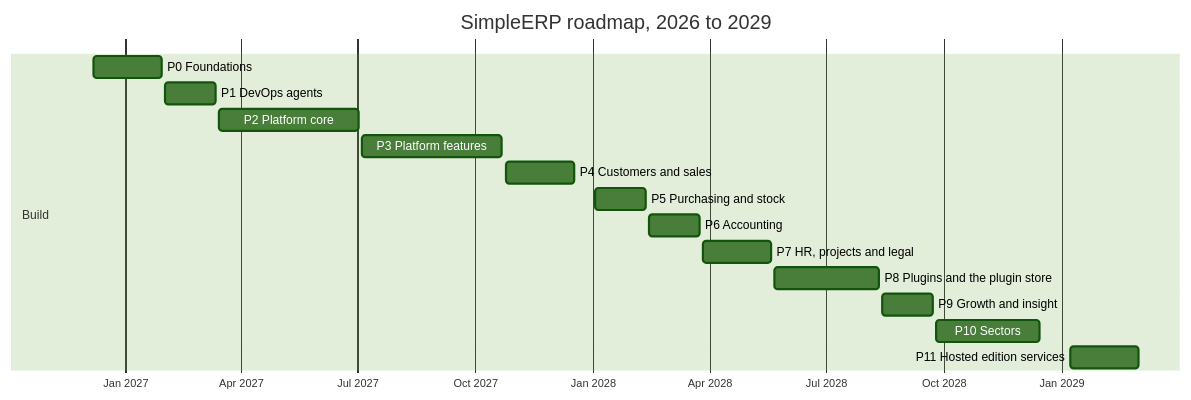
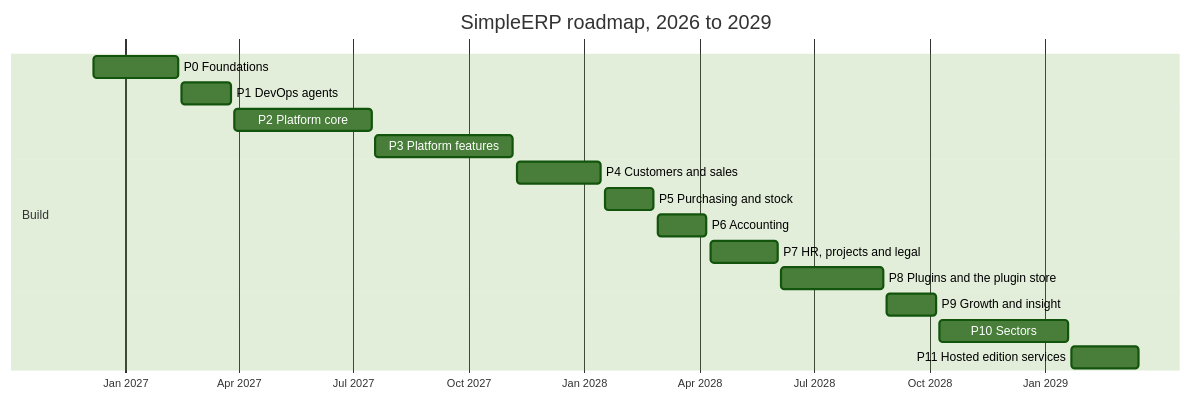
Before and after one commit to gpbcom/SimpleERP: the diagram in docs/specs/00-vision/roadmap/phases/README.md, drawn with Mermaid (forest theme). The commit also changed other lines of this file and 15 other files, not shown here.

First line of the commit message:
Roadmap: 12 phases, 136 epics and 677 tickets for the ticket harness

````diff
--- a/docs/specs/00-vision/roadmap/phases/README.md
+++ b/docs/specs/00-vision/roadmap/phases/README.md
@@ -36,19 +36,19 @@
 ```mermaid
 gantt
     title SimpleERP roadmap, 2026 to 2029
     dateFormat YYYY-MM-DD
     axisFormat %b %Y
     section Build
-    P0 Foundations                 :p0, 2026-12-07, 2027-01-29
-    P1 DevOps agents               :p1, 2027-02-01, 2027-03-12
-    P2 Platform core               :p2, 2027-03-15, 2027-07-02
-    P3 Platform features           :p3, 2027-07-05, 2027-10-22
-    P4 Customers and sales         :p4, 2027-10-25, 2027-12-17
-    P5 Purchasing and stock        :p5, 2028-01-03, 2028-02-11
-    P6 Accounting                  :p6, 2028-02-14, 2028-03-24
-    P7 HR, projects and legal      :p7, 2028-03-27, 2028-05-19
-    P8 Plugins and the plugin store :p8, 2028-05-22, 2028-08-11
-    P9 Growth and insight          :p9, 2028-08-14, 2028-09-22
-    P10 Sectors                    :p10, 2028-09-25, 2028-12-15
-    P11 Hosted edition services    :p11, 2029-01-08, 2029-03-02
+    P0 Foundations                 :p0, 2026-12-07, 2027-02-12
+    P1 DevOps agents               :p1, 2027-02-15, 2027-03-26
+    P2 Platform core               :p2, 2027-03-29, 2027-07-16
+    P3 Platform features           :p3, 2027-07-19, 2027-11-05
+    P4 Customers and sales         :p4, 2027-11-08, 2028-01-14
+    P5 Purchasing and stock        :p5, 2028-01-17, 2028-02-25
+    P6 Accounting                  :p6, 2028-02-28, 2028-04-07
+    P7 HR, projects and legal      :p7, 2028-04-10, 2028-06-02
+    P8 Plugins and the plugin store :p8, 2028-06-05, 2028-08-25
+    P9 Growth and insight          :p9, 2028-08-28, 2028-10-06
+    P10 Sectors                    :p10, 2028-10-09, 2029-01-19
+    P11 Hosted edition services    :p11, 2029-01-22, 2029-03-16
 ```
````
